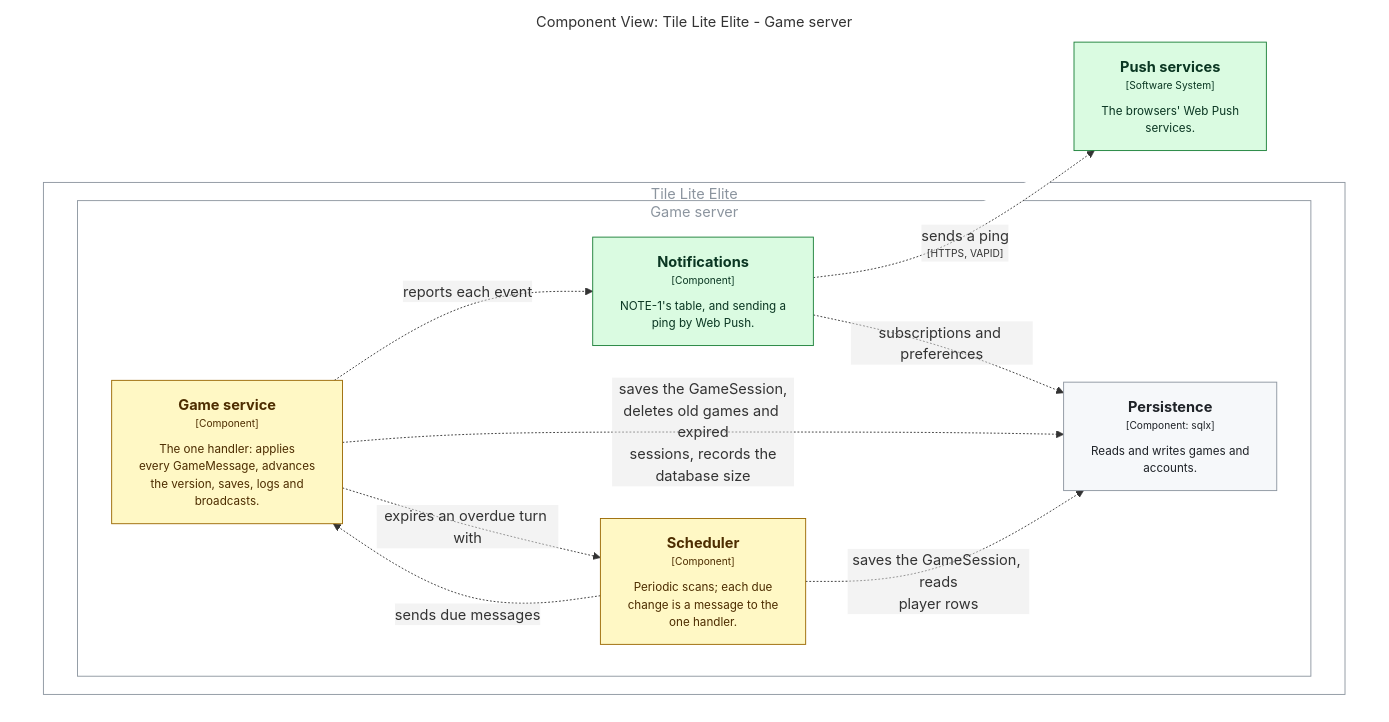
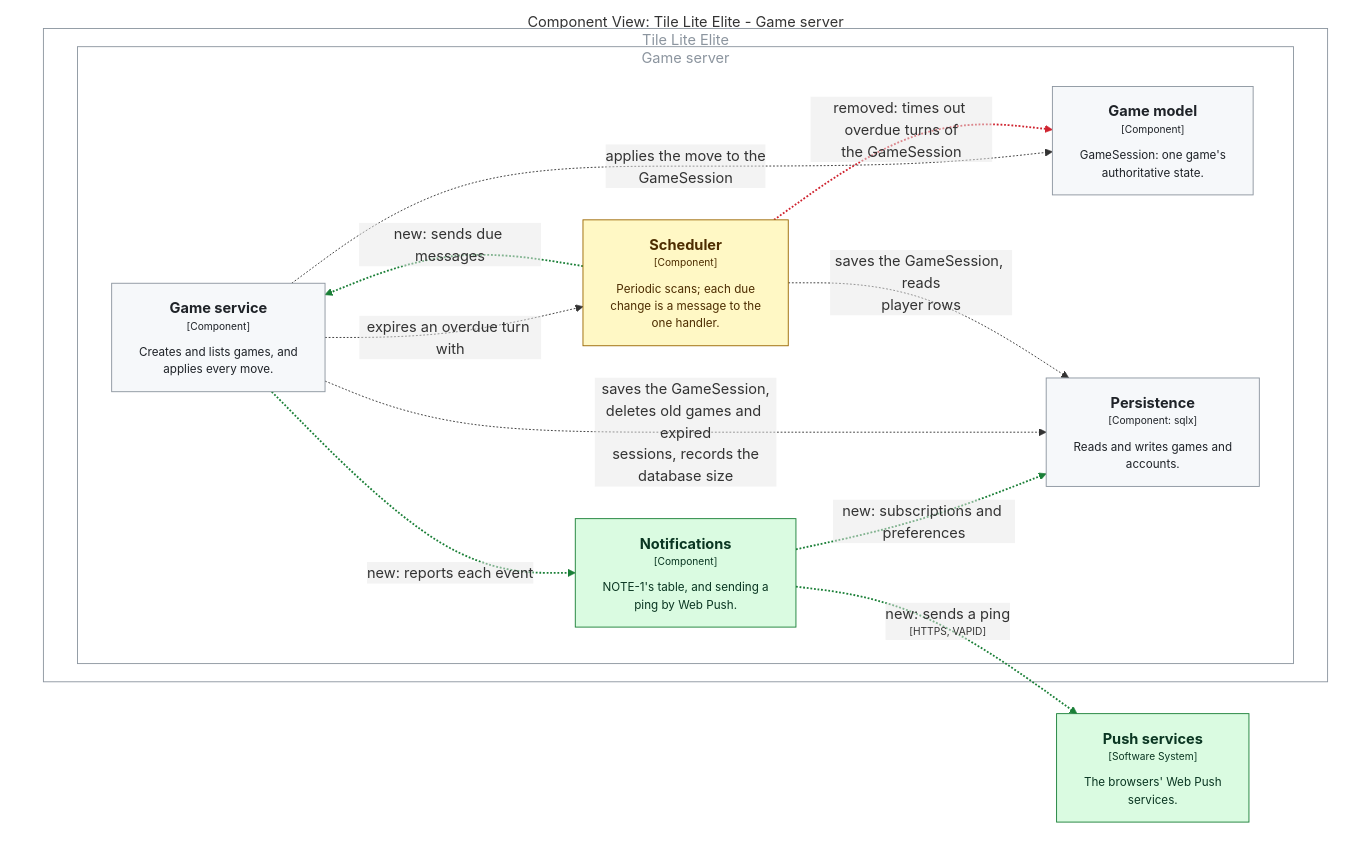
The second of 2 diagrams in applications/tile-lite-elite/3.1.7-changes/workstreams/application-game-architecture/71-one-game-model/71-map-diagrams.md (delphside/programme), drawn with Mermaid before and after one commit. The commit also changed other lines of this file and 5 other files, not shown here.

````diff
--- a/applications/tile-lite-elite/3.1.7-changes/workstreams/application-game-architecture/71-one-game-model/71-map-diagrams.md
+++ b/applications/tile-lite-elite/3.1.7-changes/workstreams/application-game-architecture/71-one-game-model/71-map-diagrams.md
@@ -86,38 +82,47 @@
 ```mermaid
 graph TB
   linkStyle default fill:#ffffff
 
   subgraph diagram ["Component View: Tile Lite Elite - Game server"]
     style diagram fill:#ffffff,stroke:#ffffff
 
-    96["<div style='font-weight: bold'>Push services</div><div style='font-size: 70%; margin-top: 0px'>[Software System]</div><div style='font-size: 80%; margin-top:10px'>The browsers' Web Push<br />services.</div>"]
-    style 96 fill:#dafbe1,stroke:#1a7f37,color:#0a3622
+    94["<div style='font-weight: bold'>Push services</div><div style='font-size: 70%; margin-top: 0px'>[Software System]</div><div style='font-size: 80%; margin-top:10px'>The browsers' Web Push<br />services.</div>"]
+    style 94 fill:#dafbe1,stroke:#1a7f37,color:#0a3622
 
     subgraph 4 ["Tile Lite Elite"]
       style 4 fill:#ffffff,stroke:#8c959f,color:#8c959f
 
       subgraph 9 ["Game server"]
         style 9 fill:#ffffff,stroke:#8c959f,color:#8c959f
 
-        13["<div style='font-weight: bold'>Game service</div><div style='font-size: 70%; margin-top: 0px'>[Component]</div><div style='font-size: 80%; margin-top:10px'>The one handler: applies<br />every GameMessage, advances<br />the version, saves, logs and<br />broadcasts.</div>"]
-        style 13 fill:#fff8c5,stroke:#9a6700,color:#4d2d00
+        13["<div style='font-weight: bold'>Game service</div><div style='font-size: 70%; margin-top: 0px'>[Component]</div><div style='font-size: 80%; margin-top:10px'>Creates and lists games, and<br />applies every move.</div>"]
+        style 13 fill:#f6f8fa,stroke:#8c959f,color:#1f2328
         20["<div style='font-weight: bold'>Scheduler</div><div style='font-size: 70%; margin-top: 0px'>[Component]</div><div style='font-size: 80%; margin-top:10px'>Periodic scans; each due<br />change is a message to the<br />one handler.</div>"]
         style 20 fill:#fff8c5,stroke:#9a6700,color:#4d2d00
+        21["<div style='font-weight: bold'>Game model</div><div style='font-size: 70%; margin-top: 0px'>[Component]</div><div style='font-size: 80%; margin-top:10px'>GameSession: one game's<br />authoritative state.</div>"]
+        style 21 fill:#f6f8fa,stroke:#8c959f,color:#1f2328
         25["<div style='font-weight: bold'>Persistence</div><div style='font-size: 70%; margin-top: 0px'>[Component: sqlx]</div><div style='font-size: 80%; margin-top:10px'>Reads and writes games and<br />accounts.</div>"]
         style 25 fill:#f6f8fa,stroke:#8c959f,color:#1f2328
-        95["<div style='font-weight: bold'>Notifications</div><div style='font-size: 70%; margin-top: 0px'>[Component]</div><div style='font-size: 80%; margin-top:10px'>NOTE-1's table, and sending a<br />ping by Web Push.</div>"]
-        style 95 fill:#dafbe1,stroke:#1a7f37,color:#0a3622
+        93["<div style='font-weight: bold'>Notifications</div><div style='font-size: 70%; margin-top: 0px'>[Component]</div><div style='font-size: 80%; margin-top:10px'>NOTE-1's table, and sending a<br />ping by Web Push.</div>"]
+        style 93 fill:#dafbe1,stroke:#1a7f37,color:#0a3622
       end
 
     end
 
-    20-. "<div>sends due messages</div><div style='font-size: 70%'></div>" .->13
-    13-. "<div>reports each event</div><div style='font-size: 70%'></div>" .->95
-    95-. "<div>sends a ping</div><div style='font-size: 70%'>[HTTPS, VAPID]</div>" .->96
-    95-. "<div>subscriptions and preferences</div><div style='font-size: 70%'></div>" .->25
+    93-. "<div>new: subscriptions and preferences</div><div style='font-size: 70%'></div>" .->25
+    13-. "<div>applies the move to the<br />GameSession</div><div style='font-size: 70%'></div>" .->21
+    20-. "<div>removed: times out overdue turns of<br />the GameSession</div><div style='font-size: 70%'></div>" .->21
     13-. "<div>saves the GameSession,<br />deletes old games and expired<br />sessions, records the<br />database size</div><div style='font-size: 70%'></div>" .->25
     20-. "<div>saves the GameSession, reads<br />player rows</div><div style='font-size: 70%'></div>" .->25
     13-. "<div>expires an overdue turn with</div><div style='font-size: 70%'></div>" .->20
+    20-. "<div>new: sends due messages</div><div style='font-size: 70%'></div>" .->13
+    13-. "<div>new: reports each event</div><div style='font-size: 70%'></div>" .->93
+    93-. "<div>new: sends a ping</div><div style='font-size: 70%'>[HTTPS, VAPID]</div>" .->94
 
   end
+  linkStyle 0 stroke:#1a7f37,stroke-width:2px
+  linkStyle 2 stroke:#cf222e,stroke-width:2px
+  linkStyle 6 stroke:#1a7f37,stroke-width:2px
+  linkStyle 7 stroke:#1a7f37,stroke-width:2px
+  linkStyle 8 stroke:#1a7f37,stroke-width:2px
 ```
````
